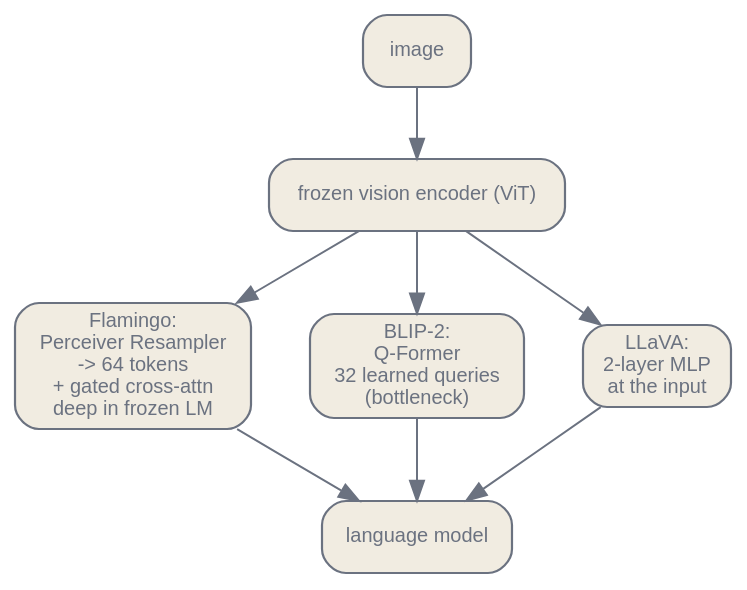
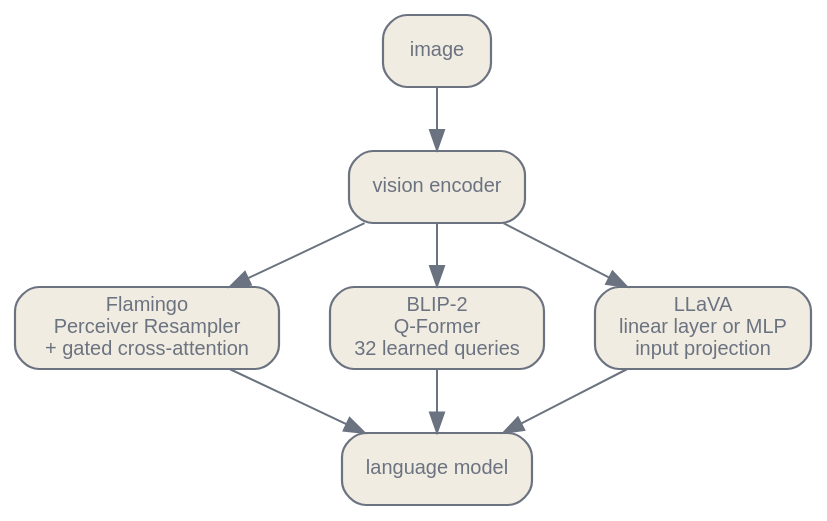
One commit to latere-ai/ai-as-an-infrastructure changed the diagram in en/generative/04-multimodal-models.qmd. Above: the diagram before and after it, drawn with Graphviz. The commit also changed other lines of this file and 10 other files, not shown here.

````diff
--- a/en/generative/04-multimodal-models.qmd
+++ b/en/generative/04-multimodal-models.qmd
@@ -46,24 +88,21 @@
 ```{dot}
 //| label: fig-vlm-connectors
-//| fig-cap: "Three ways to connect a frozen vision encoder to a language model. Flamingo inserts gated cross-attention deep inside a frozen LM and resamples the visual features to a fixed 64 tokens. BLIP-2's Q-Former extracts 32 query tokens through a learned bottleneck. LLaVA projects the ViT patch features into the token space with a thin MLP at the input. After Alayrac et al. (2022), Li et al. (2023), and Liu et al. (2023)."
+//| fig-cap: "Three connector patterns. Flamingo resamples visual features and exposes them through gated cross-attention inside the language model. BLIP-2 uses a learned Q-Former bottleneck. LLaVA projects patch features into the language model's input sequence. Frozen and trainable components differ by system and training stage."
 digraph {
   bgcolor="transparent";
   rankdir=TB;
-  nodesep=0.4; ranksep=0.5;
+  nodesep=0.35; ranksep=0.45;
   node [shape=box, style="rounded,filled", fontname="Helvetica", fontsize=10, color="#6b7280", fontcolor="#6b7280", fillcolor="#f1ece1", penwidth=1.1];
-  edge [fontsize=10, fontname="Helvetica", color="#6b7280", fontcolor="#6b7280"];
-  img [label="image"];
-  venc [label="frozen vision encoder (ViT)"];
-  A [label="Flamingo:\nPerceiver Resampler\n-> 64 tokens\n+ gated cross-attn\ndeep in frozen LM"];
-  B [label="BLIP-2:\nQ-Former\n32 learned queries\n(bottleneck)"];
-  C [label="LLaVA:\n2-layer MLP\nat the input"];
-  lm [label="language model"];
-  img -> venc;
-  venc -> A;
-  venc -> B;
-  venc -> C;
-  A -> lm;
-  B -> lm;
-  C -> lm;
+  edge [fontsize=9, fontname="Helvetica", color="#6b7280", fontcolor="#6b7280"];
+  image [label="image"];
+  vision [label="vision encoder"];
+  flamingo [label="Flamingo\nPerceiver Resampler\n+ gated cross-attention"];
+  blip [label="BLIP-2\nQ-Former\n32 learned queries"];
+  llava [label="LLaVA\nlinear layer or MLP\ninput projection"];
+  language [label="language model"];
+  image -> vision;
+  vision -> flamingo -> language;
+  vision -> blip -> language;
+  vision -> llava -> language;
 }
 ```
````
